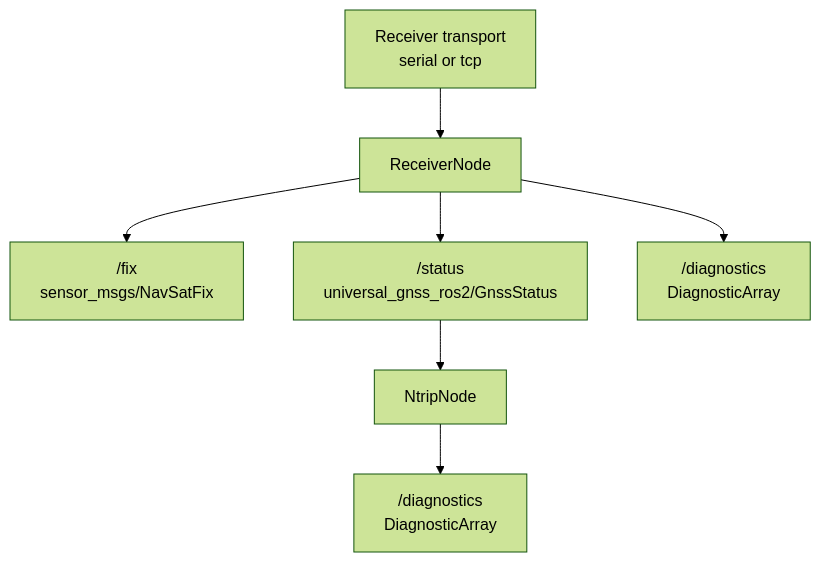
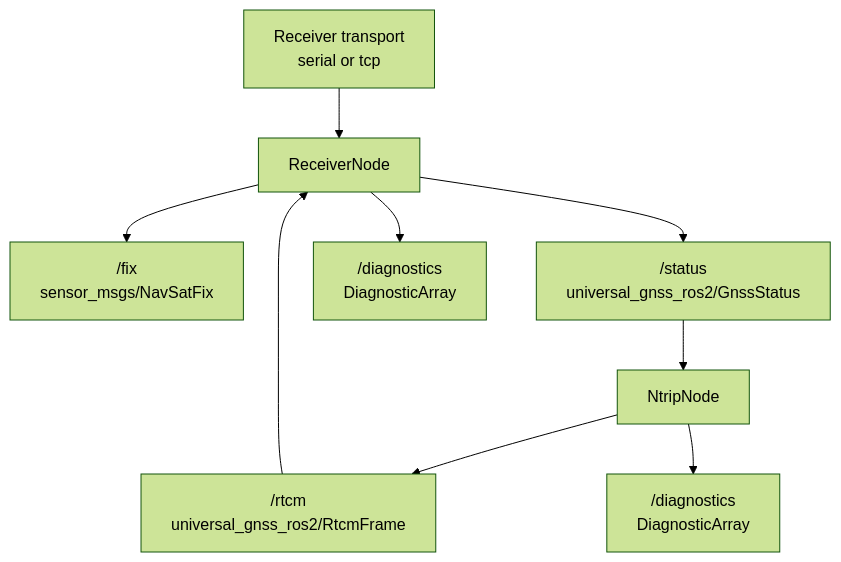
One commit to Pepeuch/universal-gnss changed the diagram in docs/ros2_end_to_end_audit.md. Above: the diagram before and after it, drawn with Mermaid (forest theme). The commit also changed other lines of this file and 16 other files, not shown here.

Commit message:
feat(ros2): forward RTCM corrections to receiver

````diff
--- a/docs/ros2_end_to_end_audit.md
+++ b/docs/ros2_end_to_end_audit.md
@@ -25,18 +25,21 @@
 ```mermaid
 flowchart TB
 
     RX["Receiver transport<br/>serial or tcp"]
     RS["ReceiverNode"]
     FIX["/fix<br/>sensor_msgs/NavSatFix"]
     STATUS["/status<br/>universal_gnss_ros2/GnssStatus"]
+    RTCM["/rtcm<br/>universal_gnss_ros2/RtcmFrame"]
     DIAG1["/diagnostics<br/>DiagnosticArray"]
     NTRIP["NtripNode"]
     DIAG2["/diagnostics<br/>DiagnosticArray"]
 
     RX --> RS
     RS --> FIX
     RS --> STATUS
     RS --> DIAG1
     STATUS --> NTRIP
+    NTRIP --> RTCM
+    RTCM --> RS
     NTRIP --> DIAG2
 ```
````
